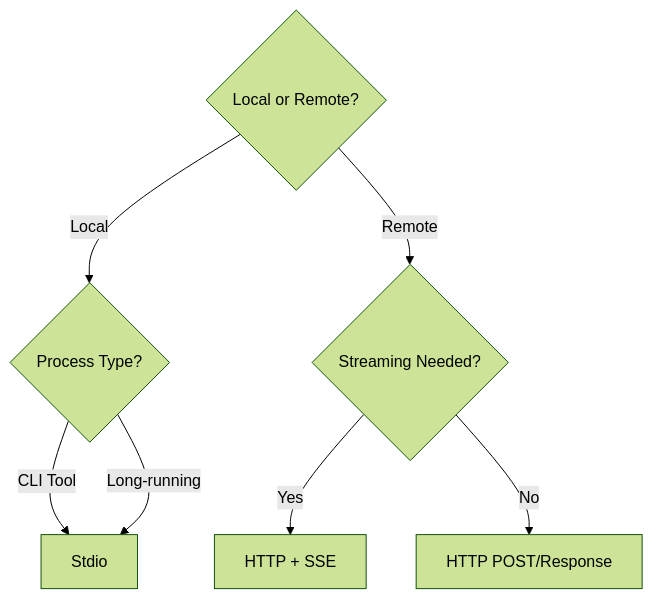
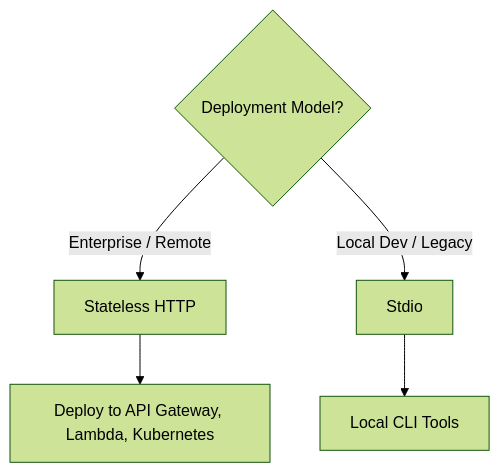
One commit to imagarg01/LearningStuff changed the fifth of 5 diagrams in docs/AI/MCP/03_transports.md. Above: the diagram before and after it, drawn with Mermaid (forest theme). The commit also changed other lines of this file and 26 other files, not shown here.

````diff
--- a/docs/AI/MCP/03_transports.md
+++ b/docs/AI/MCP/03_transports.md
@@ -187,12 +189,9 @@
 ```mermaid
 graph TD
-    A{Local or Remote?}
-    A -->|Local| B{Process Type?}
-    A -->|Remote| C{Streaming Needed?}
+    A{Deployment Model?}
+    A -->|Enterprise / Remote| B[Stateless HTTP]
+    A -->|Local Dev / Legacy| C[Stdio]
     
-    B -->|CLI Tool| D[Stdio]
-    B -->|Long-running| D
-    
-    C -->|Yes| E[HTTP + SSE]
-    C -->|No| F[HTTP POST/Response]
+    B --> D[Deploy to API Gateway, Lambda, Kubernetes]
+    C --> E[Local CLI Tools]
 ```
````
